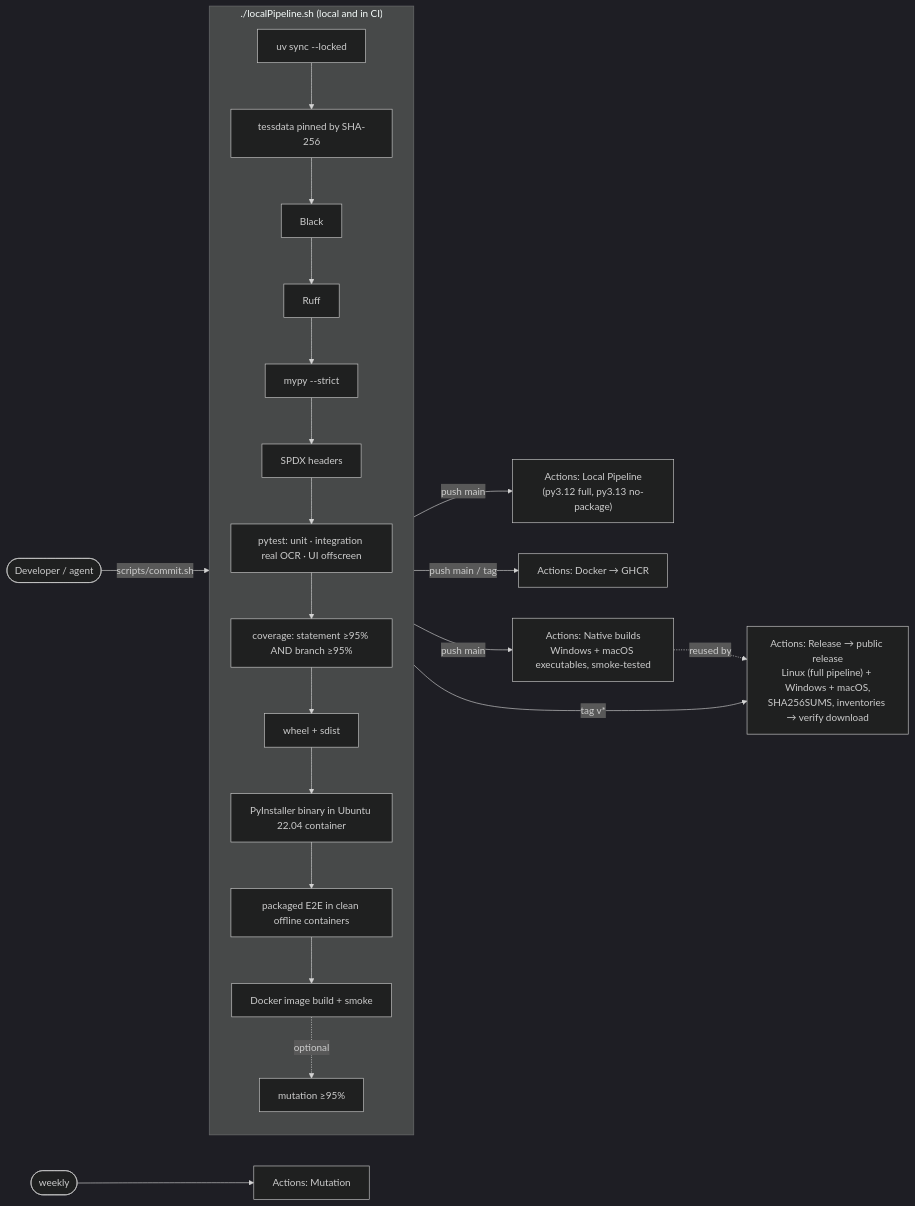
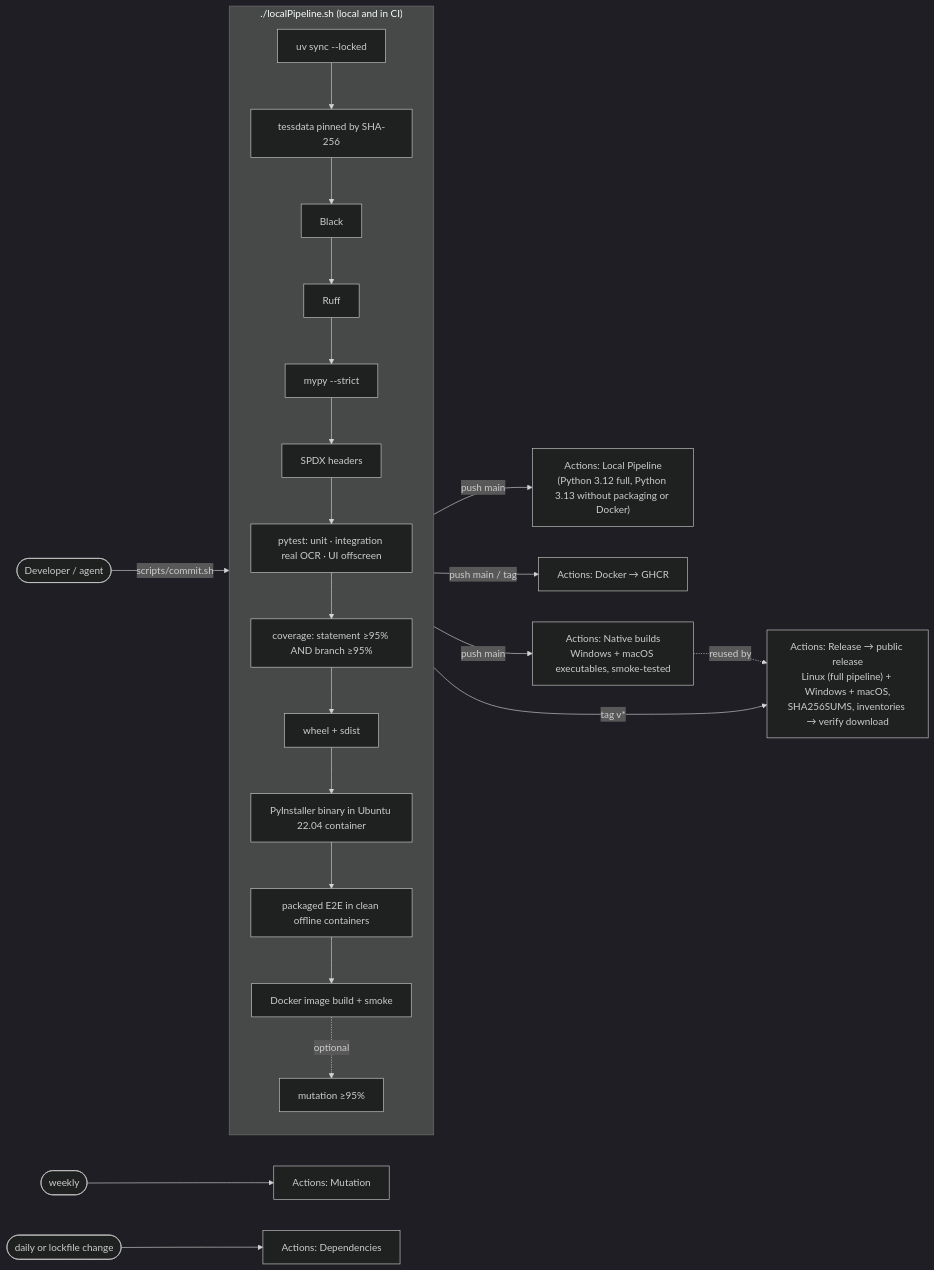
Before and after one commit to marcelpetrick/SearchifyMyPDF: the seventh of 7 diagrams in docs/architecture.md, drawn with Mermaid (dark theme). The commit also changed 27 other files, not shown here.

````diff
--- a/docs/architecture.md
+++ b/docs/architecture.md
@@ -187,22 +187,23 @@
 ```mermaid
 flowchart LR
     dev([Developer / agent]) -->|scripts/commit.sh| LP
     subgraph LP["./localPipeline.sh (local and in CI)"]
         direction TB
         s1[uv sync --locked] --> s2[tessdata pinned by SHA-256]
         s2 --> s3[Black] --> s4[Ruff] --> s5[mypy --strict] --> s6[SPDX headers]
         s6 --> s7[pytest: unit · integration real OCR · UI offscreen]
         s7 --> s8[coverage: statement ≥95% AND branch ≥95%]
         s8 --> s9[wheel + sdist]
         s9 --> s10[PyInstaller binary in Ubuntu 22.04 container]
         s10 --> s11[packaged E2E in clean offline containers]
         s11 --> s12[Docker image build + smoke]
         s12 -.optional.-> s13[mutation ≥95%]
     end
-    LP -->|push main| CI["Actions: Local Pipeline<br/>(py3.12 full, py3.13 no-package)"]
+    LP -->|push main| CI["Actions: Local Pipeline<br/>(Python 3.12 full, Python 3.13 without packaging or Docker)"]
     LP -->|push main / tag| DK["Actions: Docker → GHCR"]
     LP -->|push main| NAT["Actions: Native builds<br/>Windows + macOS executables, smoke-tested"]
     LP -->|tag v*| REL["Actions: Release → public release<br/>Linux (full pipeline) + Windows + macOS,<br/>SHA256SUMS, inventories → verify download"]
     NAT -.reused by.-> REL
     SCHED([weekly]) --> MUT["Actions: Mutation"]
+    AUDIT([daily or lockfile change]) --> DEP["Actions: Dependencies"]
 ```
````
